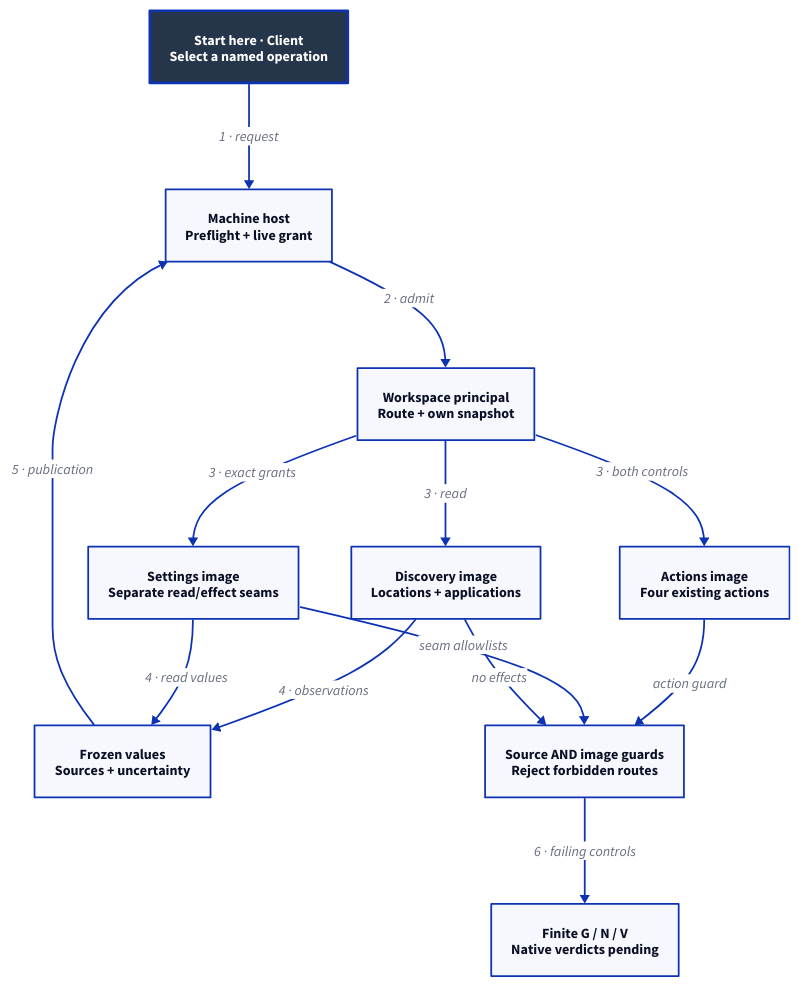
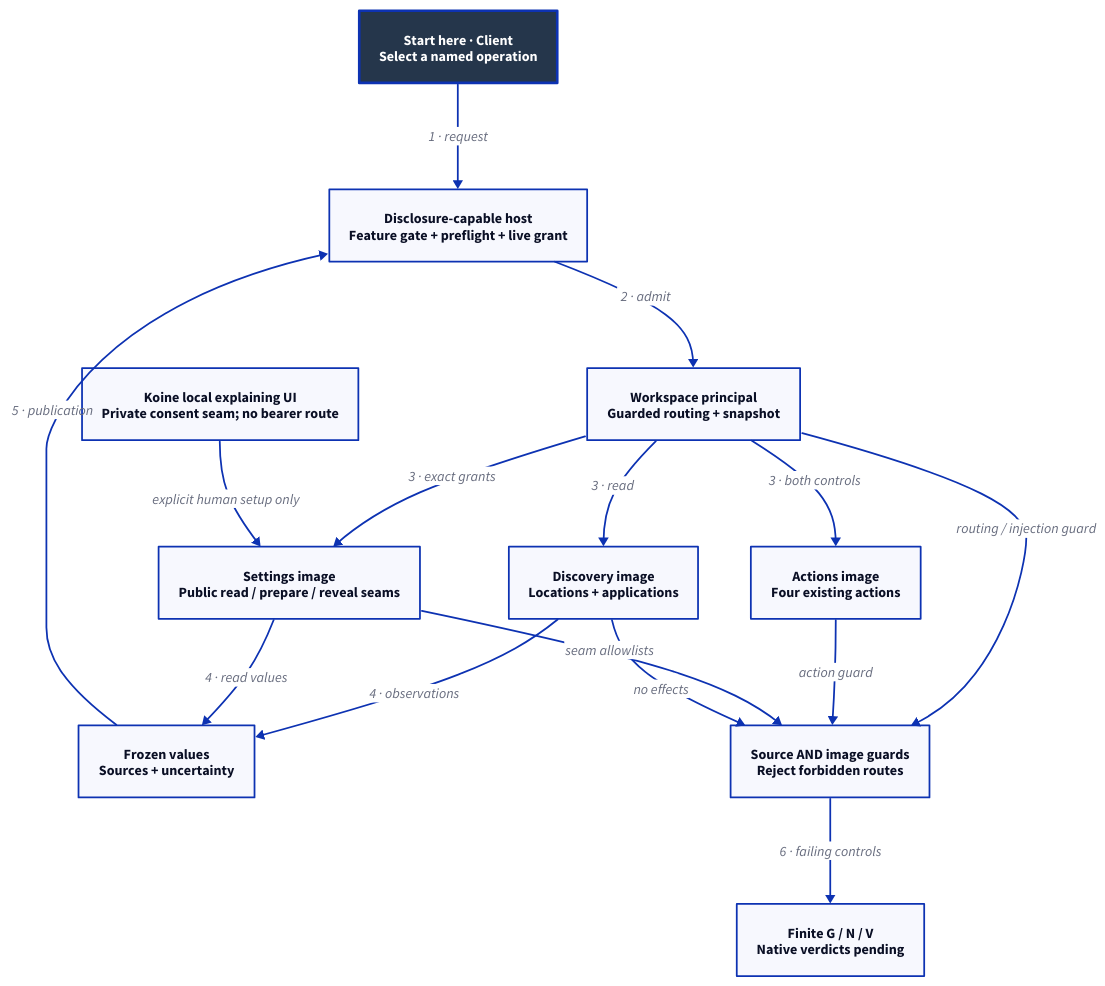
One commit to Linkuistics/Koine changed the diagram in docs/design/architecture/native-discovery-contract.d2. Above: the diagram before and after it, drawn with D2. The commit also changed 116 other files, not shown here.

```diff
--- a/docs/design/architecture/native-discovery-contract.d2
+++ b/docs/design/architecture/native-discovery-contract.d2
@@ -1,26 +1,29 @@
 # Native-image components in one resident process; details in caption/spec.
 direction: down
 classes: {
   start: {style: {fill: "#25364B"; font-color: "#FFFFFF"; bold: true; stroke-width: 3}}
 }
 Start: "Start here · Client\nSelect a named operation" {class: start}
-Host: "Machine host\nPreflight + live grant"
-Principal: "Workspace principal\nRoute + own snapshot"
+Host: "Disclosure-capable host\nFeature gate + preflight + live grant"
+Principal: "Workspace principal\nGuarded routing + snapshot"
 Reads: "Discovery image\nLocations + applications"
 Actions: "Actions image\nFour existing actions"
-Settings: "Settings image\nSeparate read/effect seams"
+Settings: "Settings image\nPublic read / prepare / reveal seams"
+UI: "Koine local explaining UI\nPrivate consent seam; no bearer route"
 Frozen: "Frozen values\nSources + uncertainty"
 Guard: "Source AND image guards\nReject forbidden routes"
 Acceptance: "Finite G / N / V\nNative verdicts pending"
 Start -> Host: "1 · request"
 Host -> Principal: "2 · admit"
 Principal -> Reads: "3 · read"
 Principal -> Actions: "3 · both controls"
 Principal -> Settings: "3 · exact grants"
+UI -> Settings: "explicit human setup only"
+Principal -> Guard: "routing / injection guard"
 Reads -> Frozen: "4 · observations"
 Settings -> Frozen: "4 · read values"
 Frozen -> Host: "5 · publication"
 Actions -> Guard: "action guard"
 Settings -> Guard: "seam allowlists"
 Reads -> Guard: "no effects"
 Guard -> Acceptance: "6 · failing controls"
```
